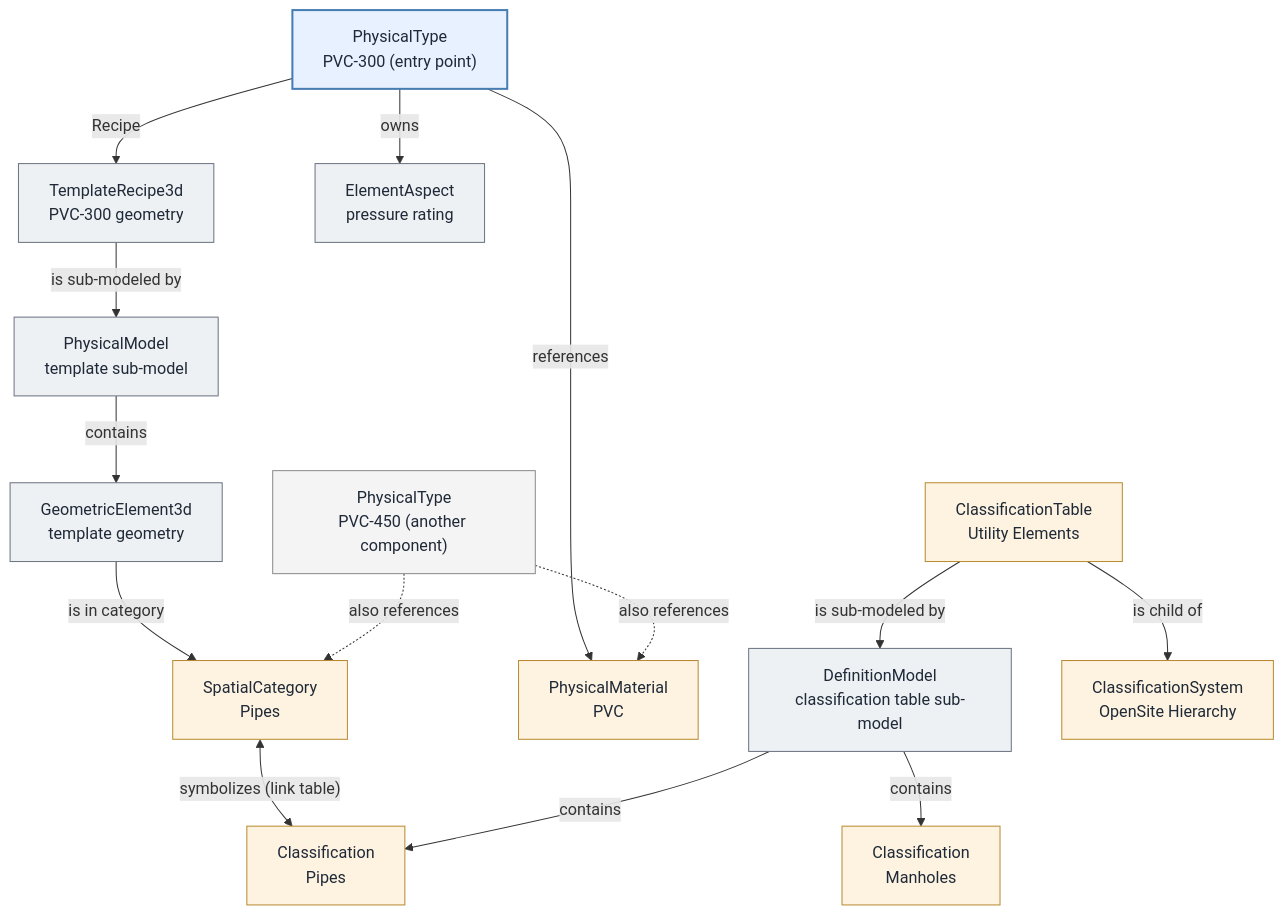
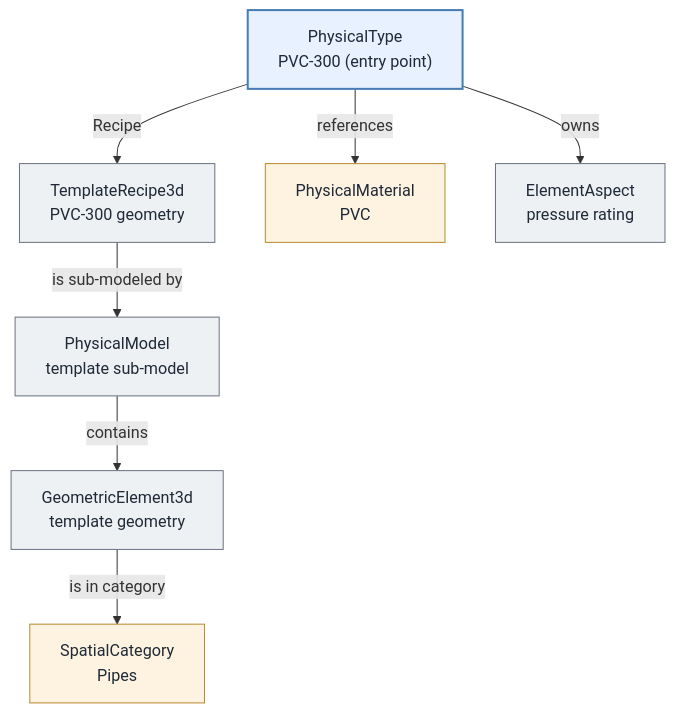
The first of 3 diagrams in docs/bis/guide/data-organization/catalogs.md (iTwin/itwinjs-core), drawn with Mermaid before and after one commit. The commit also changed other lines of this file and 1 other file, not shown here.

````diff
--- a/docs/bis/guide/data-organization/catalogs.md
+++ b/docs/bis/guide/data-organization/catalogs.md
@@ -42,39 +40,24 @@
 ```mermaid
 graph TD
     PT["PhysicalType<br/>PVC-300 (entry point)"]
     TR["TemplateRecipe3d<br/>PVC-300 geometry"]
     SM["PhysicalModel<br/>template sub-model"]
     GEO["GeometricElement3d<br/>template geometry"]
     CAT["SpatialCategory<br/>Pipes"]
     MAT["PhysicalMaterial<br/>PVC"]
     ASP["ElementAspect<br/>pressure rating"]
-    CLS["Classification<br/>Pipes"]
-    CLS2["Classification<br/>Manholes"]
-    CLSM["DefinitionModel<br/>classification table sub-model"]
-    CLST["ClassificationTable<br/>Utility Elements"]
-    CLSS["ClassificationSystem<br/>OpenSite Hierarchy"]
-    PT2["PhysicalType<br/>PVC-450 (another component)"]
 
     PT -- "Recipe" --> TR
     TR -- "is sub-modeled by" --> SM
     SM -- "contains" --> GEO
     GEO -- "is in category" --> CAT
     PT -- "references" --> MAT
     PT -- "owns" --> ASP
-    CAT <-->|"symbolizes (link table)"| CLS
-    CLST -- "is sub-modeled by" --> CLSM
-    CLSM -- "contains" --> CLS
-    CLSM -- "contains" --> CLS2
-    CLST -- "is child of" --> CLSS
-    PT2 -. "also references" .-> CAT
-    PT2 -. "also references" .-> MAT
 
     classDef entry fill:#e7f1ff,stroke:#477db3,stroke-width:2px,color:#1f2937
     classDef dep fill:#eef1f4,stroke:#6b7280,stroke-width:1px,color:#1f2937
     classDef shared fill:#fdf3e0,stroke:#b98a2f,stroke-width:1px,color:#1f2937
-    classDef other fill:#f4f4f4,stroke:#8a8a8a,stroke-width:1px,color:#1f2937
     class PT entry
-    class TR,SM,GEO,ASP,CLSM dep
-    class CAT,MAT,CLS,CLS2,CLST,CLSS shared
-    class PT2 other
+    class TR,SM,GEO,ASP dep
+    class CAT,MAT shared
 ```
````
